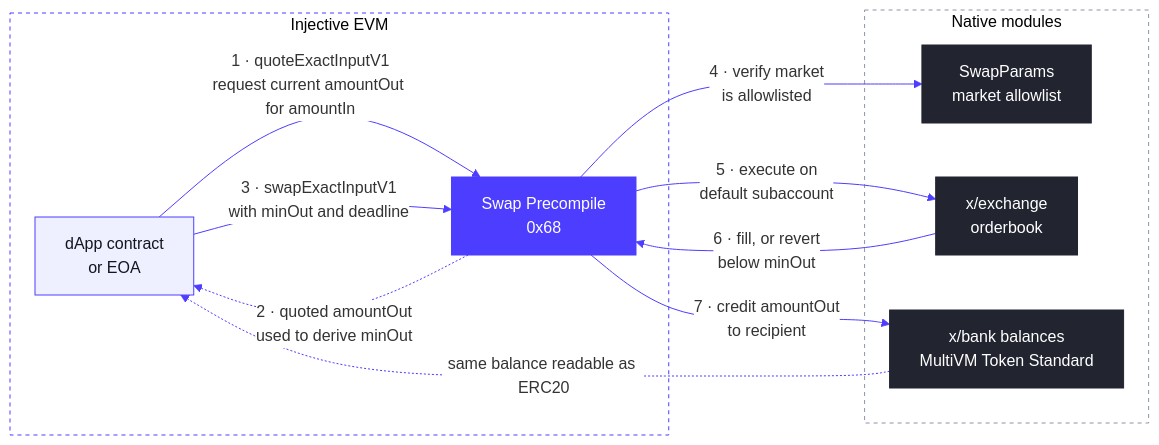
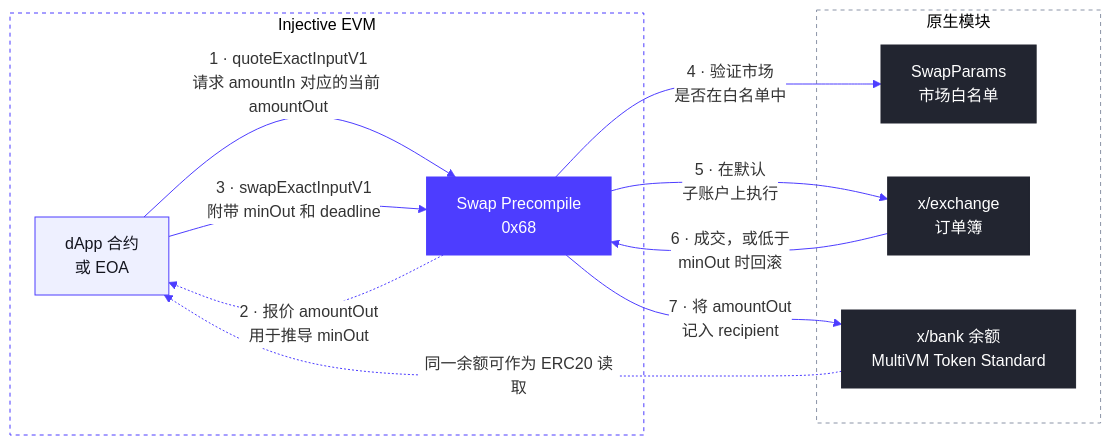
One commit to InjectiveLabs/injective-docs changed the diagram in .gitbook/cn/developers-evm/swap-precompile.mdx. Above: the diagram before and after it, drawn with Mermaid. The commit also changed other lines of this file and 2 other files, not shown here.

Commit message:
docs: translate swap precompile rollout banner and localnet demo note (zh-Hans, ko, jp)

````diff
--- a/.gitbook/cn/developers-evm/swap-precompile.mdx
+++ b/.gitbook/cn/developers-evm/swap-precompile.mdx
@@ -16,30 +20,30 @@
 ```mermaid
 %%{init: {"theme": "base", "themeVariables": {"background": "#FFFFFF", "primaryColor": "#FFFFFF", "lineColor": "#4D3DFF", "textColor": "#14151F"}}}%%
 flowchart LR
     subgraph EVM["Injective EVM"]
-        CALLER["dApp contract<br/>or EOA"]
+        CALLER["dApp 合约<br/>或 EOA"]
         SWAP["Swap Precompile<br/>0x68"]
     end
-    subgraph NATIVE["Native modules"]
-        PARAMS["SwapParams<br/>market allowlist"]
-        EXCH["x/exchange<br/>orderbook"]
-        BANK["x/bank balances<br/>MultiVM Token Standard"]
+    subgraph NATIVE["原生模块"]
+        PARAMS["SwapParams<br/>市场白名单"]
+        EXCH["x/exchange<br/>订单簿"]
+        BANK["x/bank 余额<br/>MultiVM Token Standard"]
     end
-    CALLER -->|"1 · quoteExactInputV1<br/>request current amountOut for amountIn"| SWAP
-    SWAP -.->|"2 · quoted amountOut<br/>used to derive minOut"| CALLER
-    CALLER -->|"3 · swapExactInputV1<br/>with minOut and deadline"| SWAP
-    SWAP -->|"4 · verify market<br/>is allowlisted"| PARAMS
-    SWAP -->|"5 · execute on<br/>default subaccount"| EXCH
-    EXCH -->|"6 · fill, or revert<br/>below minOut"| SWAP
-    SWAP -->|"7 · credit amountOut<br/>to recipient"| BANK
-    BANK -.->|"same balance readable as ERC20"| CALLER
+    CALLER -->|"1 · quoteExactInputV1<br/>请求 amountIn 对应的当前 amountOut"| SWAP
+    SWAP -.->|"2 · 报价 amountOut<br/>用于推导 minOut"| CALLER
+    CALLER -->|"3 · swapExactInputV1<br/>附带 minOut 和 deadline"| SWAP
+    SWAP -->|"4 · 验证市场<br/>是否在白名单中"| PARAMS
+    SWAP -->|"5 · 在默认<br/>子账户上执行"| EXCH
+    EXCH -->|"6 · 成交，或低于<br/>minOut 时回滚"| SWAP
+    SWAP -->|"7 · 将 amountOut<br/>记入 recipient"| BANK
+    BANK -.->|"同一余额可作为 ERC20 读取"| CALLER
 
     classDef caller fill:#EEF0FF,stroke:#4D3DFF,color:#14151F
     classDef precompile fill:#4D3DFF,stroke:#4D3DFF,color:#FFFFFF
     classDef native fill:#222530,stroke:#222530,color:#FFFFFF
     class CALLER caller
     class SWAP precompile
     class PARAMS,EXCH,BANK native
     style EVM fill:#FFFFFF,stroke:#4D3DFF,stroke-dasharray:4
     style NATIVE fill:#FFFFFF,stroke:#8B94A7,stroke-dasharray:4
 ```
````
